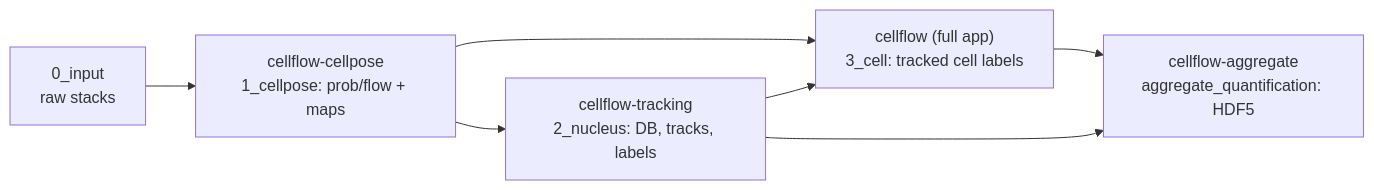
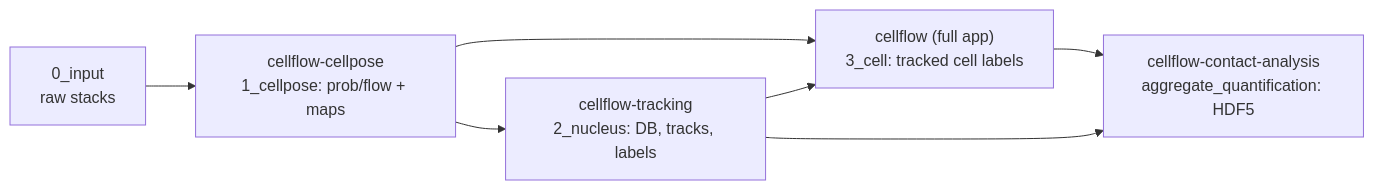
The diagram in docs/manual/index.md (ArturRuppel/ITASC), drawn with Mermaid before and after one commit. The commit also changed other lines of this file and 180 other files, not shown here.

````diff
--- a/docs/manual/index.md
+++ b/docs/manual/index.md
@@ -31,10 +31,10 @@
 ```{mermaid}
 flowchart LR
     raw["0_input<br/>raw stacks"] --> cp
     cp["cellflow-cellpose<br/>1_cellpose: prob/flow + maps"] --> trk
     cp --> seg
     trk["cellflow-tracking<br/>2_nucleus: DB, tracks, labels"] --> seg
     seg["cellflow (full app)<br/>3_cell: tracked cell labels"] --> agg
     trk --> agg
-    agg["cellflow-aggregate<br/>aggregate_quantification: HDF5"]
+    agg["cellflow-contact-analysis<br/>aggregate_quantification: HDF5"]
 ```
````
